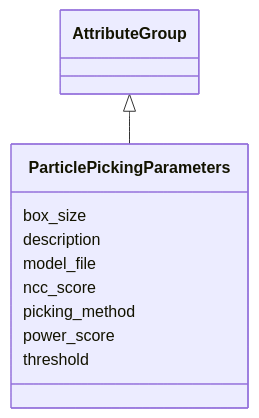
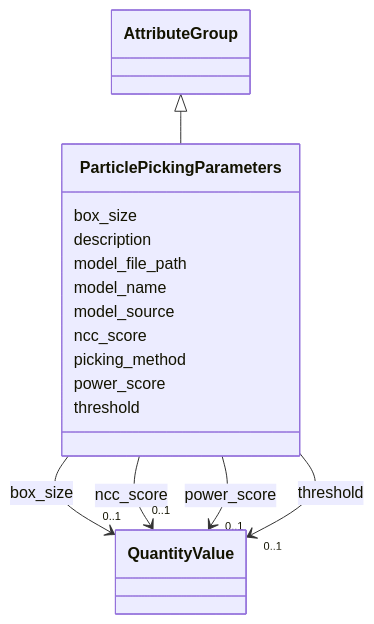
Before and after one commit to lambda-ber/lambda-ber-schema: the diagram in docs/elements/ParticlePickingParameters.md, drawn with Mermaid. The commit also changed other lines of this file and 404 other files, not shown here.

Commit message:
Update schema artifacts

````diff
--- a/docs/elements/ParticlePickingParameters.md
+++ b/docs/elements/ParticlePickingParameters.md
@@ -18,23 +18,63 @@
 ```mermaid
  classDiagram
     class ParticlePickingParameters
     click ParticlePickingParameters href "../ParticlePickingParameters/"
       AttributeGroup <|-- ParticlePickingParameters
         click AttributeGroup href "../AttributeGroup/"
       
       ParticlePickingParameters : box_size
         
+          
+    
+        
+        
+        ParticlePickingParameters --> "0..1" QuantityValue : box_size
+        click QuantityValue href "../QuantityValue/"
+    
+
+        
       ParticlePickingParameters : description
         
-      ParticlePickingParameters : model_file
+      ParticlePickingParameters : model_file_path
+        
+      ParticlePickingParameters : model_name
+        
+      ParticlePickingParameters : model_source
         
       ParticlePickingParameters : ncc_score
+        
+          
+    
+        
+        
+        ParticlePickingParameters --> "0..1" QuantityValue : ncc_score
+        click QuantityValue href "../QuantityValue/"
+    
+
         
       ParticlePickingParameters : picking_method
         
       ParticlePickingParameters : power_score
         
+          
+    
+        
+        
+        ParticlePickingParameters --> "0..1" QuantityValue : power_score
+        click QuantityValue href "../QuantityValue/"
+    
+
+        
       ParticlePickingParameters : threshold
+        
+          
+    
+        
+        
+        ParticlePickingParameters --> "0..1" QuantityValue : threshold
+        click QuantityValue href "../QuantityValue/"
+    
+
         
       
 ```
````
